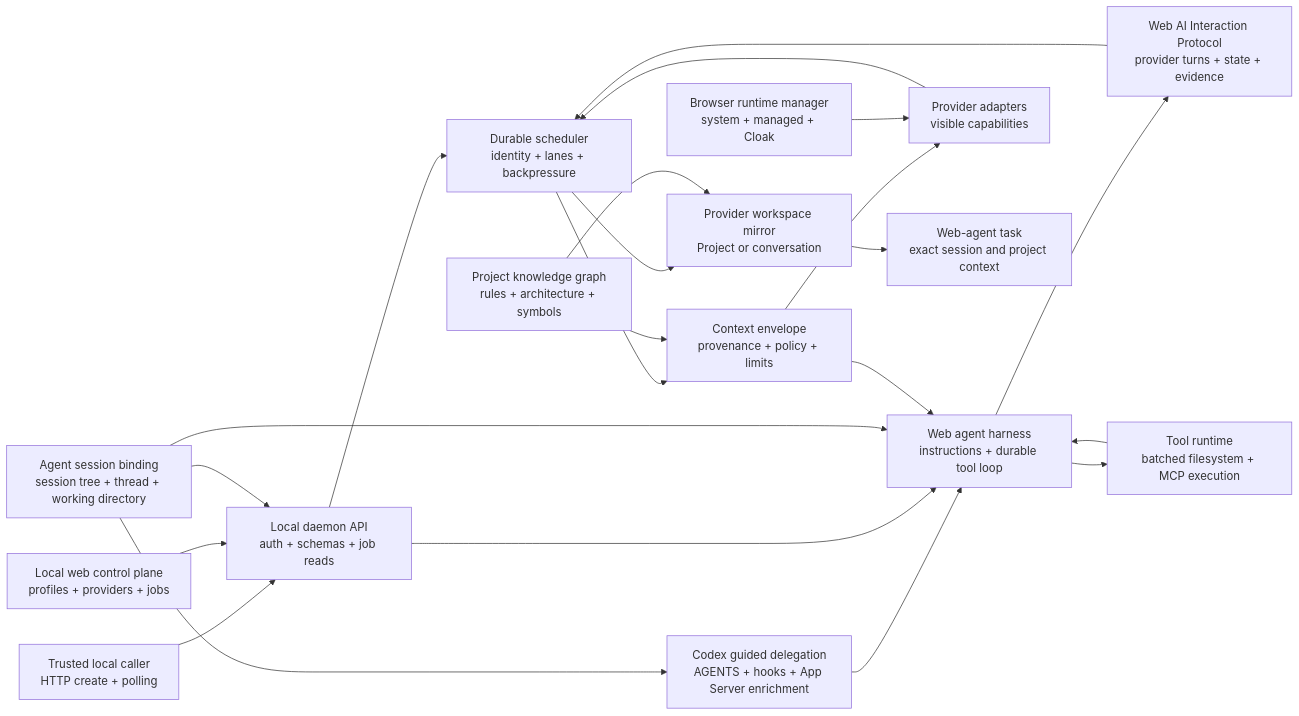
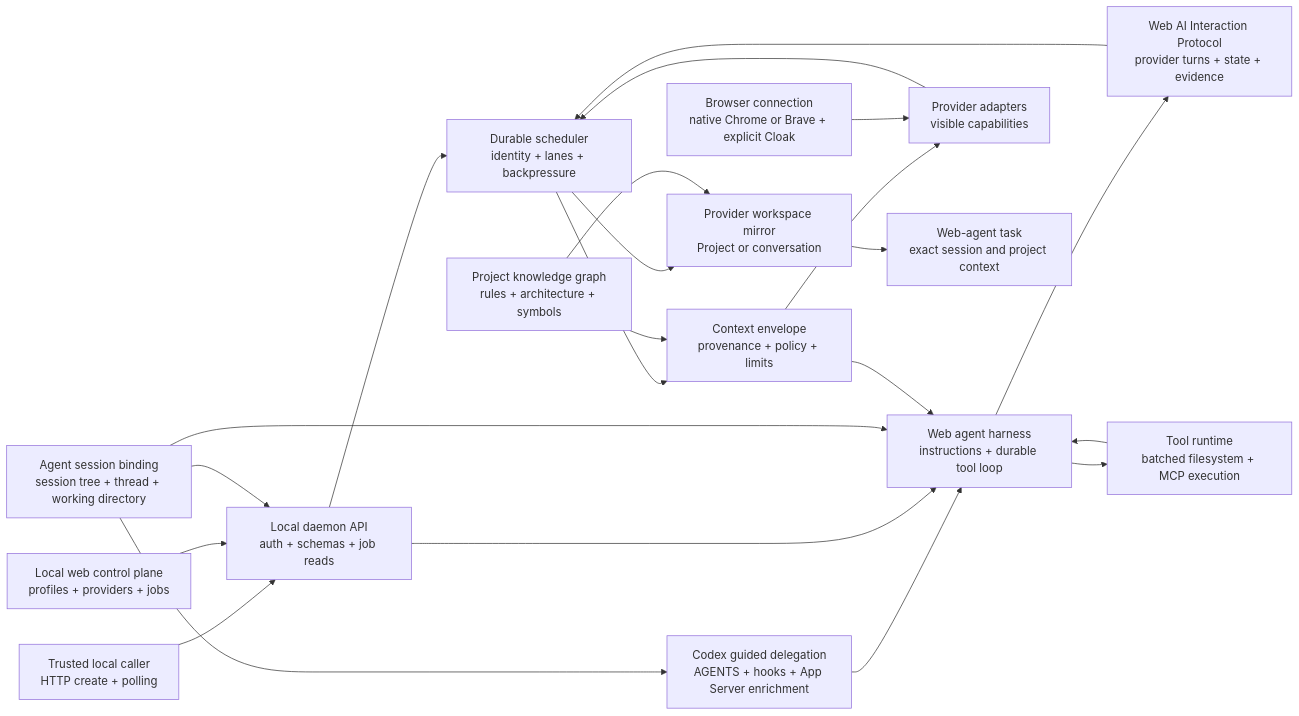
The diagram in docs/roadmaps/README.md (jazelly/tokenless), drawn with Mermaid before and after one commit. The commit also changed other lines of this file and 24 other files, not shown here.

Commit message:
feat(cli): complete native Chrome and Brave setup

````diff
--- a/docs/roadmaps/README.md
+++ b/docs/roadmaps/README.md
@@ -62,40 +60,40 @@
 ```mermaid
 flowchart LR
   Caller["Trusted local caller<br/>HTTP create + polling"]
   UI["Local web control plane<br/>profiles + providers + jobs"]
   API["Local daemon API<br/>auth + schemas + job reads"]
   Session["Agent session binding<br/>session tree + thread + working directory"]
   Codex["Codex guided delegation<br/>AGENTS + hooks + App Server enrichment"]
   Scheduler["Durable scheduler<br/>identity + lanes + backpressure"]
   Context["Context envelope<br/>provenance + policy + limits"]
   Harness["Web agent harness<br/>instructions + durable tool loop"]
   Protocol["Web AI Interaction Protocol<br/>provider turns + state + evidence"]
   Tools["Tool runtime<br/>batched filesystem + MCP execution"]
   Graph["Project knowledge graph<br/>rules + architecture + symbols"]
-  Browser["Browser runtime manager<br/>system + managed + Cloak"]
+  Browser["Browser connection<br/>native Chrome or Brave + explicit Cloak"]
   Provider["Provider adapters<br/>visible capabilities"]
   Workspace["Provider workspace mirror<br/>Project or conversation"]
   Task["Web-agent task<br/>exact session and project context"]
 
   Caller --> API
   UI --> API
   Session --> API
   Session --> Codex
   Codex --> Harness
   API --> Scheduler
   Scheduler --> Context
   Graph --> Context
   API --> Harness
   Session --> Harness
   Context --> Harness
   Harness --> Protocol
   Protocol --> Scheduler
   Harness --> Tools
   Tools --> Harness
   Context --> Provider
   Browser --> Provider
   Provider --> Scheduler
   Scheduler --> Workspace
   Graph --> Workspace
   Workspace --> Task
 ```
````
